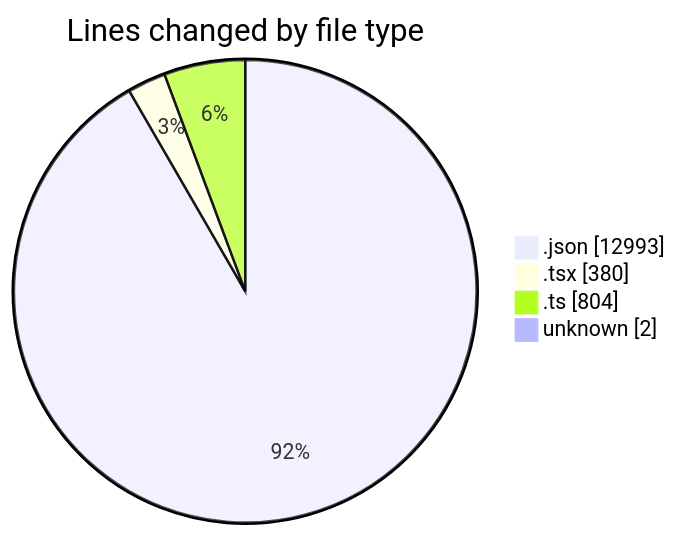
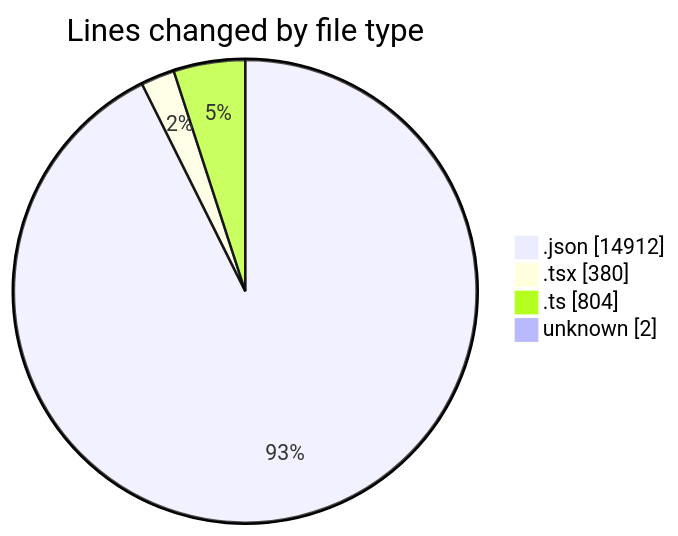
The first of 2 diagrams in 2025-11-19/eventscop-frontend-guide__workspace_/README.md (julien-gomy/code-tracking), drawn with Mermaid before and after one commit. The commit also changed other lines of this file and 1 other file, not shown here.

````diff
--- a/2025-11-19/eventscop-frontend-guide__workspace_/README.md
+++ b/2025-11-19/eventscop-frontend-guide__workspace_/README.md
@@ -48,8 +48,8 @@
 ```mermaid
 pie showData
 title Lines changed by file type
-".json" : 12993
+".json" : 14912
 ".tsx" : 380
 ".ts" : 804
 "unknown" : 2
 ```
````
